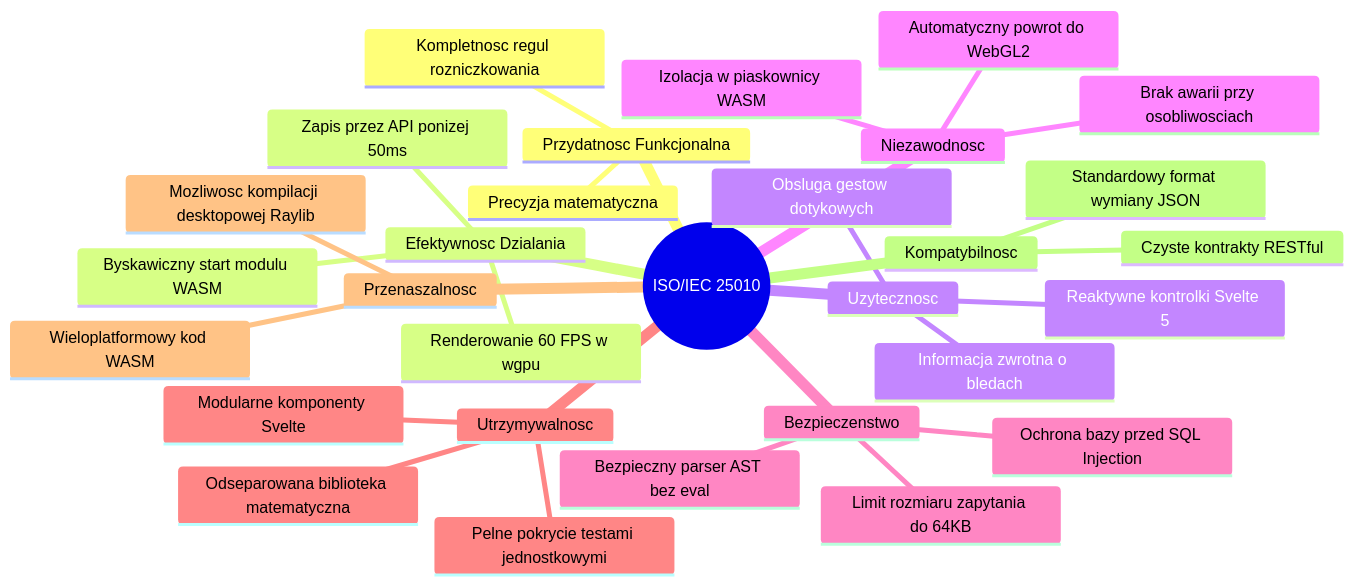
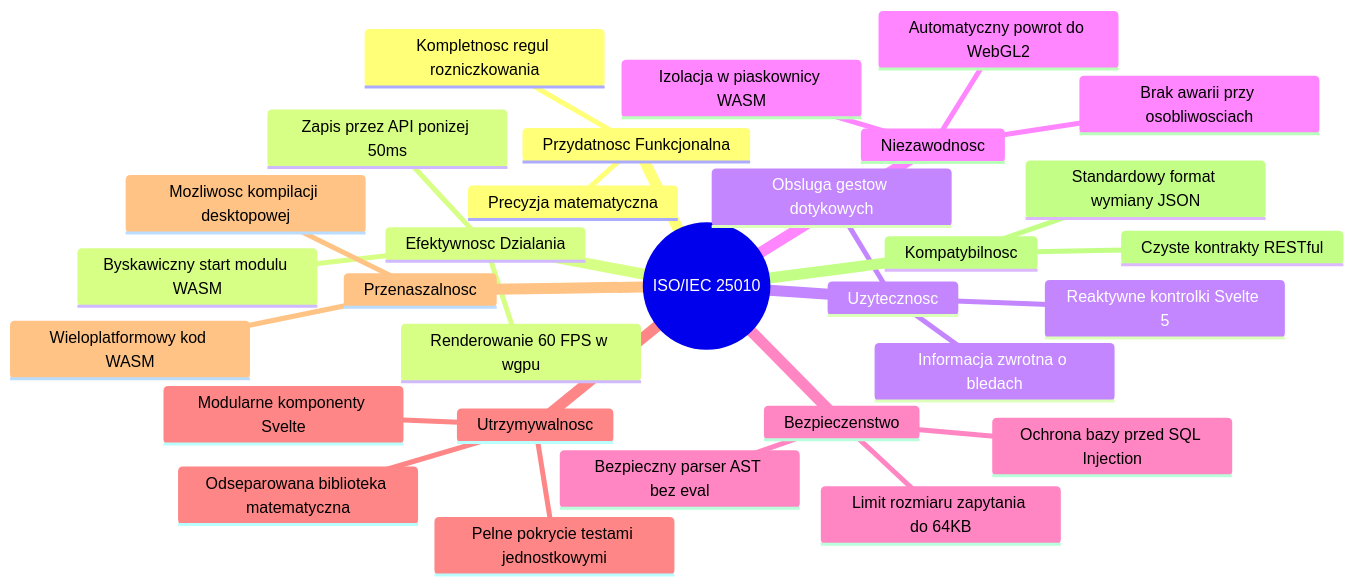
One commit to KacperLapka/geogebra-rs changed the second of 2 diagrams in _bmad-output/initiative-geogebra-rs/prd-geogebra-rs/prd-geogebra-rs.pl.md. Above: the diagram before and after it, drawn with Mermaid.

Commit message:
fix(prd): update desktop compilation capability description

````diff
--- a/_bmad-output/initiative-geogebra-rs/prd-geogebra-rs/prd-geogebra-rs.pl.md
+++ b/_bmad-output/initiative-geogebra-rs/prd-geogebra-rs/prd-geogebra-rs.pl.md
@@ -219,33 +219,33 @@
 ```mermaid
 mindmap
   root((ISO/IEC 25010))
     Przydatnosc Funkcjonalna
       Precyzja matematyczna
       Kompletnosc regul rozniczkowania
     Efektywnosc Dzialania
       Renderowanie 60 FPS w wgpu
       Zapis przez API ponizej 50ms
       Byskawiczny start modulu WASM
     Uzytecznosc
       Informacja zwrotna o bledach
       Reaktywne kontrolki Svelte 5
       Obsluga gestow dotykowych
     Niezawodnosc
       Brak awarii przy osobliwosciach
       Izolacja w piaskownicy WASM
       Automatyczny powrot do WebGL2
     Bezpieczenstwo
       Bezpieczny parser AST bez eval
       Ochrona bazy przed SQL Injection
       Limit rozmiaru zapytania do 64KB
     Utrzymywalnosc
       Odseparowana biblioteka matematyczna
       Modularne komponenty Svelte
       Pelne pokrycie testami jednostkowymi
     Przenaszalnosc
       Wieloplatformowy kod WASM
-      Mozliwosc kompilacji desktopowej Raylib
+      Mozliwosc kompilacji desktopowej
     Kompatybilnosc
       Standardowy format wymiany JSON
       Czyste kontrakty RESTful
 ```
````
